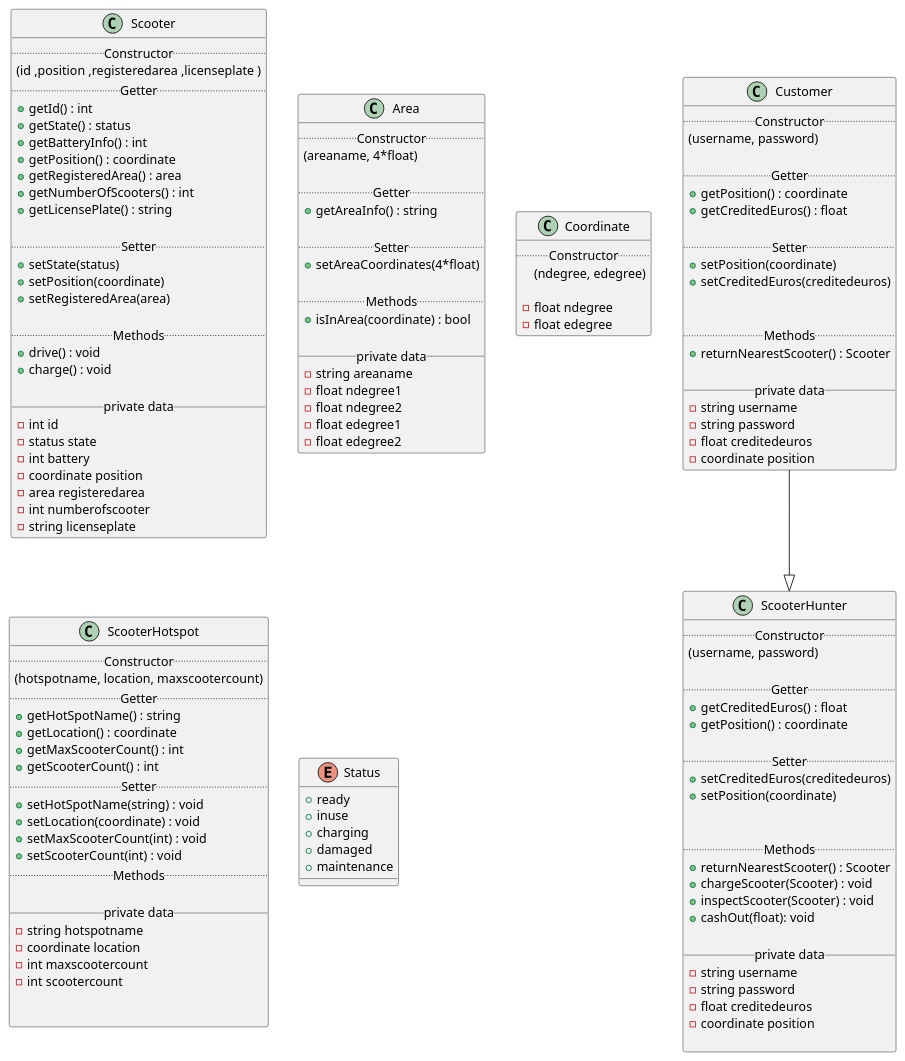
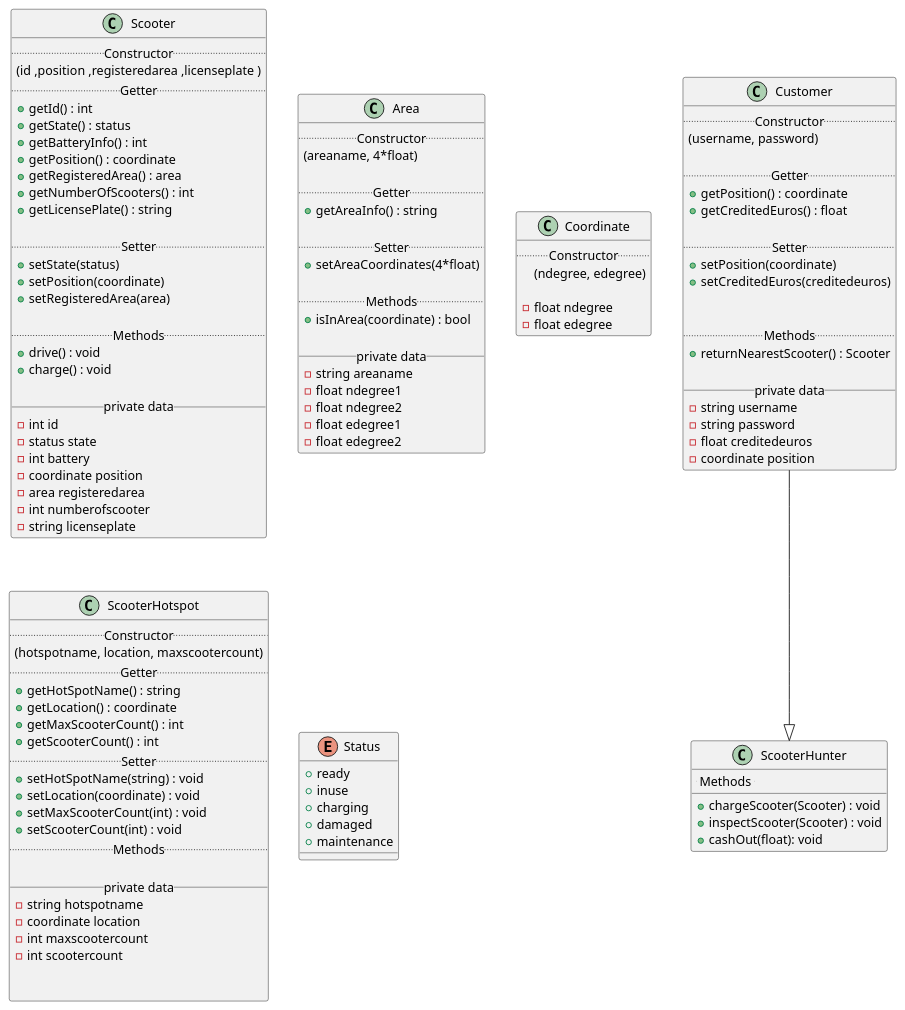
One commit to fh-erfurt/Scooter-MS changed the diagram in umldiagram.iuml. Above: the diagram before and after it, drawn with PlantUML.

Commit message:
updated UML

```diff
--- a/umldiagram.iuml
+++ b/umldiagram.iuml
@@ -1,161 +1,144 @@
 @startuml
 
 
 
 
 
 skinparam componentStyle uml2
 
 
 
 class Scooter {
     .. Constructor ..
       (id ,position ,registeredarea ,licenseplate )
     .. Getter ..
   + getId() : int
   + getState() : status
   + getBatteryInfo() : int
   + getPosition() : coordinate
   + getRegisteredArea() : area
   + getNumberOfScooters() : int
   + getLicensePlate() : string
 
   .. Setter ..
   + setState(status)
   + setPosition(coordinate)
   + setRegisteredArea(area)
 
   .. Methods ..
   + drive() : void
   + charge() : void
 
   __ private data __
   -int id
   -status state
   -int battery
   -coordinate position
   -area registeredarea
   -int numberofscooter
   -string licenseplate
 }
 
 class Area {
   .. Constructor ..
   (areaname, 4*float)
 
   .. Getter ..
   + getAreaInfo() : string
 
   .. Setter ..
   + setAreaCoordinates(4*float)
 
   .. Methods ..
   + isInArea(coordinate) : bool
 
   __ private data __
   -string areaname
   -float ndegree1
   -float ndegree2
   -float edegree1
   -float edegree2
 }
 
 
 
 class Coordinate {
   .. Constructor ..
   (ndegree, edegree)
 
   -float ndegree
   -float edegree
 }
 
 
 class Customer {
   .. Constructor ..
   (username, password)
 
   .. Getter ..
   + getPosition() : coordinate
   + getCreditedEuros() : float
 
   .. Setter ..
   + setPosition(coordinate)
   + setCreditedEuros(creditedeuros)
 
 
   .. Methods ..
   + returnNearestScooter() : Scooter
 
   __ private data __
   -string username
   -string password
   -float creditedeuros
   -coordinate position
 }
 
 class ScooterHunter {
-  .. Constructor ..
-    (username, password)
-
-  .. Getter ..
-  + getCreditedEuros() : float
-  + getPosition() : coordinate
-
-  .. Setter ..
-  + setCreditedEuros(creditedeuros)
-  + setPosition(coordinate)
-
 
   .. Methods ..
-  + returnNearestScooter() : Scooter
   + chargeScooter(Scooter) : void
   + inspectScooter(Scooter) : void
   + cashOut(float): void
 
-  __ private data __
-  -string username
-  -string password
-  -float creditedeuros
-  -coordinate position
 
 }
 
 class ScooterHotspot {
   .. Constructor ..
 (hotspotname, location, maxscootercount)
   .. Getter ..
    + getHotSpotName() : string
    + getLocation() : coordinate
    + getMaxScooterCount() : int
    + getScooterCount() : int
   .. Setter ..
    + setHotSpotName(string) : void
    + setLocation(coordinate) : void
    + setMaxScooterCount(int) : void
    + setScooterCount(int) : void
   .. Methods ..
 
   __ private data __
   -string hotspotname
   -coordinate location
   -int maxscootercount
   -int scootercount
 
 
 }
 
 enum Status {
   + ready
   + inuse
   + charging
   + damaged
   + maintenance
 }
 
 Customer --|> ScooterHunter
 
 
 
 
 @enduml
```
